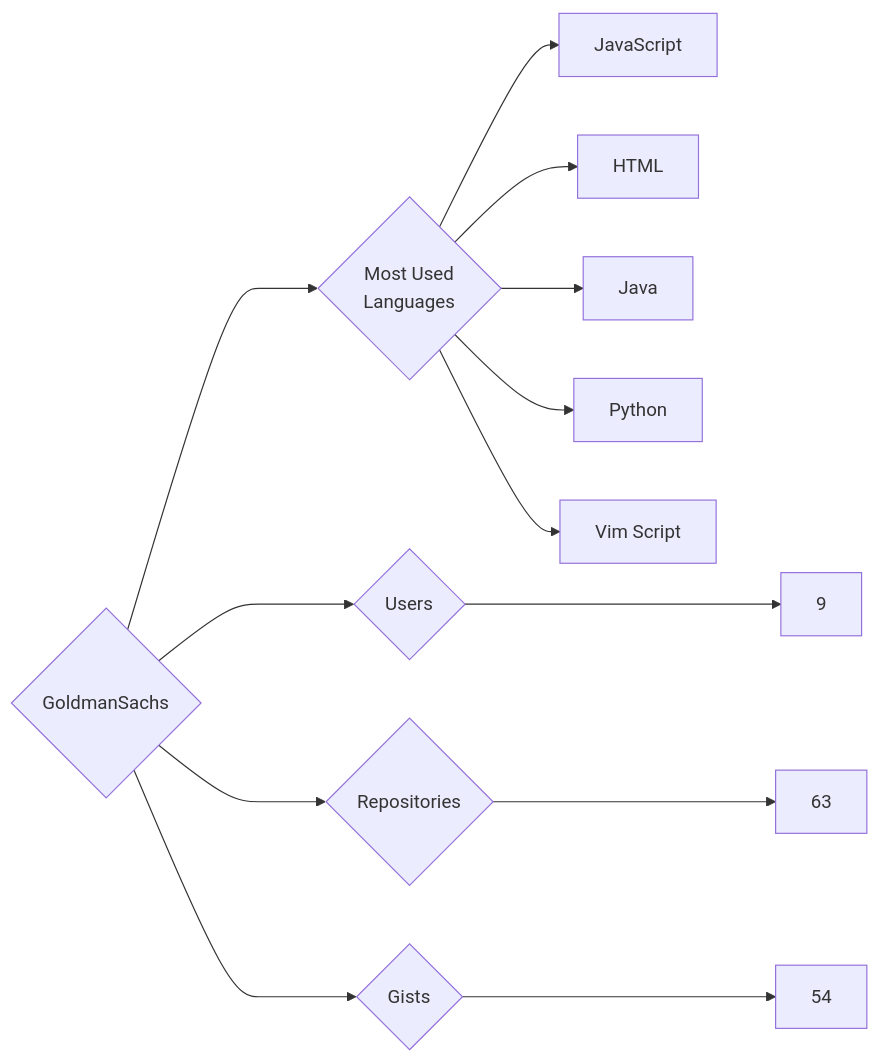
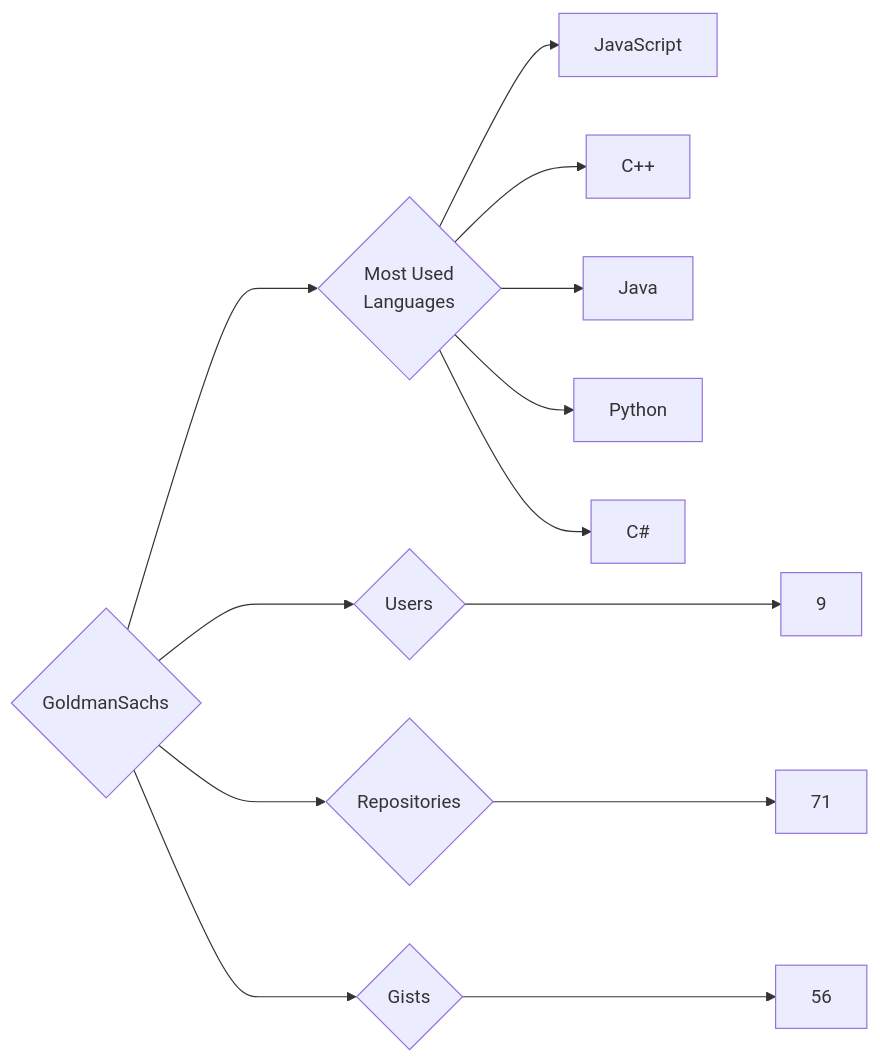
One commit to trickest/insiders changed the diagram in targets/GoldmanSachs/README.md. Above: the diagram before and after it, drawn with Mermaid. The commit also changed 1055 other files, not shown here.

````diff
--- a/targets/GoldmanSachs/README.md
+++ b/targets/GoldmanSachs/README.md
@@ -3,13 +3,13 @@
 ```mermaid
 graph LR
 COMPANY_NAME{GoldmanSachs}
 COMPANY_NAME ---> U{Users} ---> UN[9]
-COMPANY_NAME ---> R{Repositories} ---> RN[63]
-COMPANY_NAME ---> G{Gists} ---> GN[54]
+COMPANY_NAME ---> R{Repositories} ---> RN[71]
+COMPANY_NAME ---> G{Gists} ---> GN[56]
 COMPANY_NAME ---> ML{Most Used<br>Languages}
 ML --> JavaScript[JavaScript]
-ML --> HTML[HTML]
+ML --> C++[C++]
 ML --> Java[Java]
 ML --> Python[Python]
-ML --> Vim_Script[Vim Script]
+ML --> C#[C#]
 ```
````
